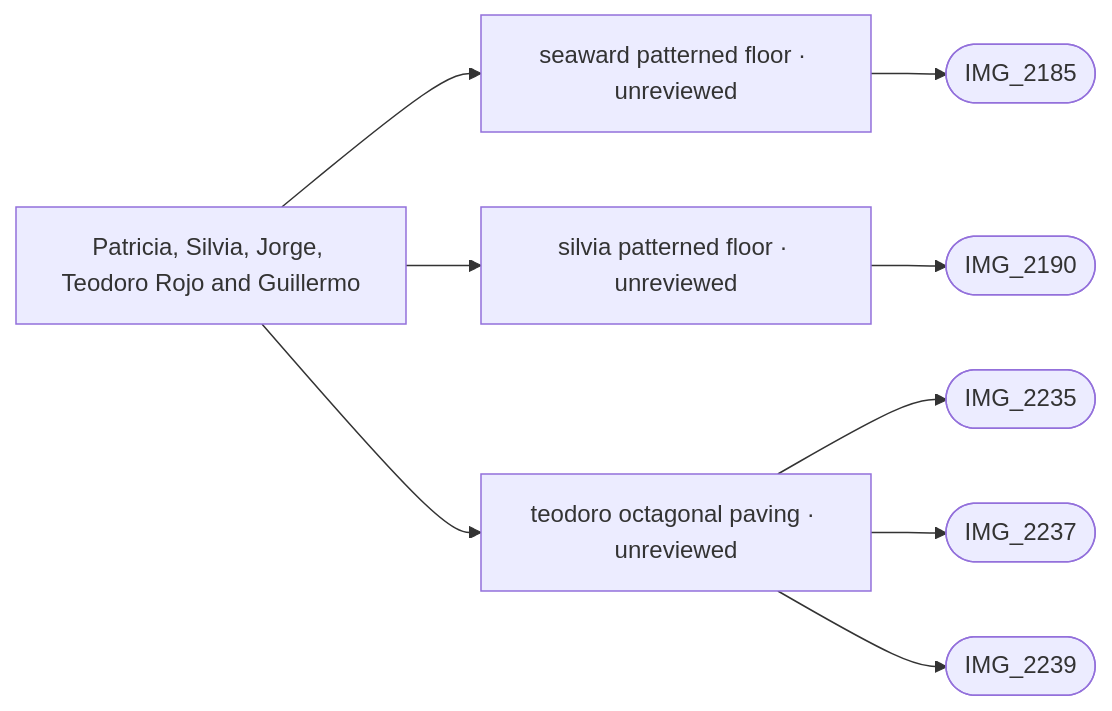
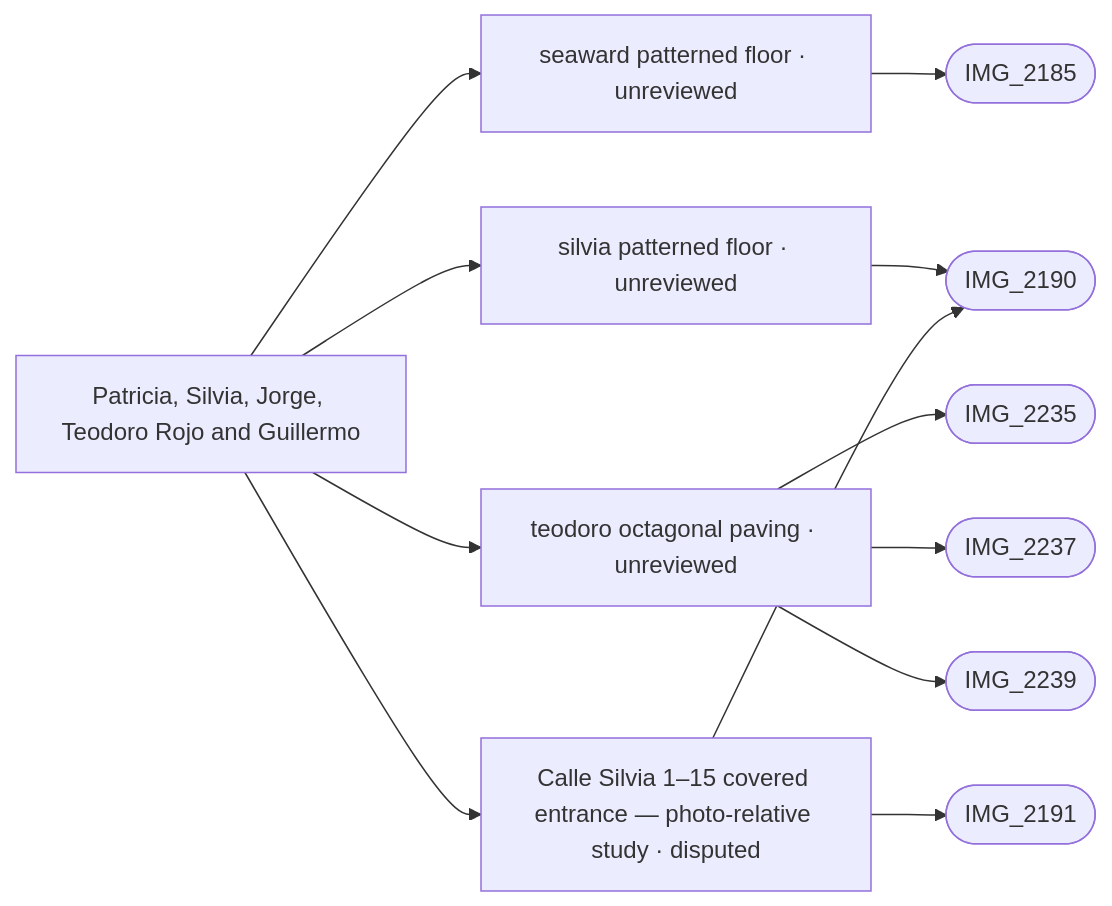
One commit to daveyboyc/villacana-venture changed the diagram in refs/areas/seaward-lanes.md. Above: the diagram before and after it, drawn with Mermaid. The commit also changed other lines of this file and 53 other files, not shown here.

Commit message:
Build Silvia tunnel study with recessed wooden entrances and photo details

````diff
--- a/refs/areas/seaward-lanes.md
+++ b/refs/areas/seaward-lanes.md
@@ -36,12 +38,15 @@
 ```mermaid
 graph LR
   A["Patricia, Silvia, Jorge, Teodoro Rojo and Guillermo"]
   A --> F0["seaward patterned floor · unreviewed"]
   F0 --> PIMG_2185_jpg(["IMG_2185"])
   A --> F1["silvia patterned floor · unreviewed"]
   F1 --> PIMG_2190_jpg(["IMG_2190"])
   A --> F2["teodoro octagonal paving · unreviewed"]
   F2 --> PIMG_2235_jpg(["IMG_2235"])
   F2 --> PIMG_2237_jpg(["IMG_2237"])
   F2 --> PIMG_2239_jpg(["IMG_2239"])
+  A --> F3["Calle Silvia 1–15 covered entrance — photo-relative study · disputed"]
+  F3 --> PIMG_2190_jpg(["IMG_2190"])
+  F3 --> PIMG_2191_jpg(["IMG_2191"])
 ```
````
